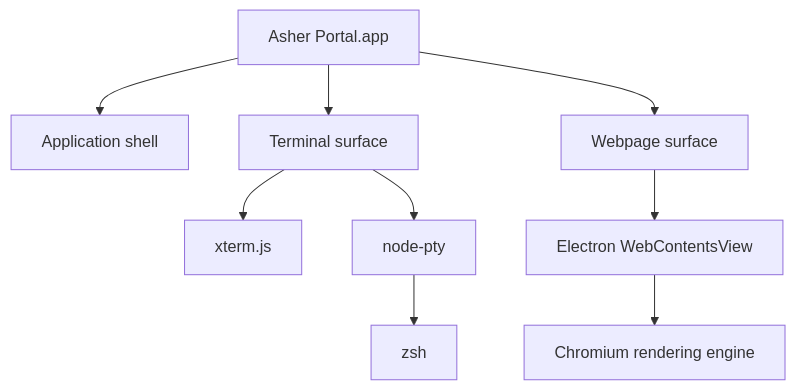
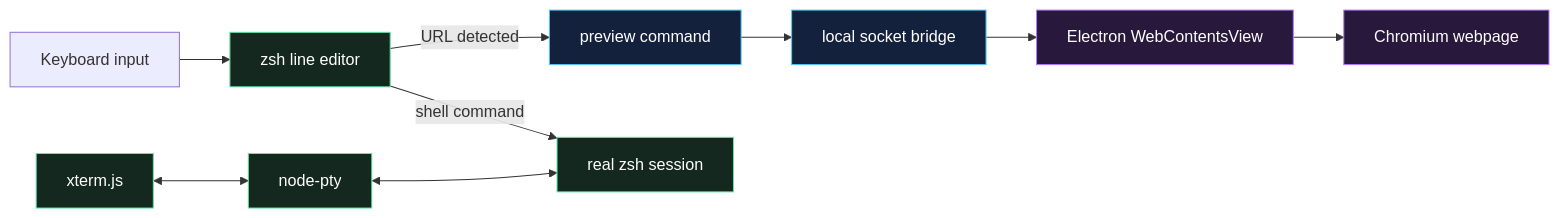
Before and after one commit to ashermenachem/asher-portal: the diagram in README.md, drawn with Mermaid. The commit also changed other lines of this file and 1 other file, not shown here.

Commit message:
Redesign Asher Portal README

````diff
--- a/README.md
+++ b/README.md
@@ -157,11 +200,21 @@
 ```mermaid
-flowchart TB
-  A["Asher Portal.app"] --> B["Application shell"]
-  A --> C["Terminal surface"]
-  A --> D["Webpage surface"]
-  C --> E["xterm.js"]
-  C --> F["node-pty"]
-  F --> G["zsh"]
-  D --> H["Electron WebContentsView"]
-  H --> I["Chromium rendering engine"]
+flowchart LR
+  K["Keyboard input"] --> Z["zsh line editor"]
+  Z -->|URL detected| P["preview command"]
+  Z -->|shell command| S["real zsh session"]
+
+  P --> B["local socket bridge"]
+  B --> W["Electron WebContentsView"]
+  W --> C["Chromium webpage"]
+
+  T["xterm.js"] <--> N["node-pty"]
+  N <--> S
+
+  classDef portal fill:#14213d,stroke:#55c7ff,color:#ffffff;
+  classDef shell fill:#14281f,stroke:#62e6a7,color:#ffffff;
+  classDef web fill:#28183b,stroke:#b279ff,color:#ffffff;
+
+  class P,B portal;
+  class Z,S,T,N shell;
+  class W,C web;
 ```
````
